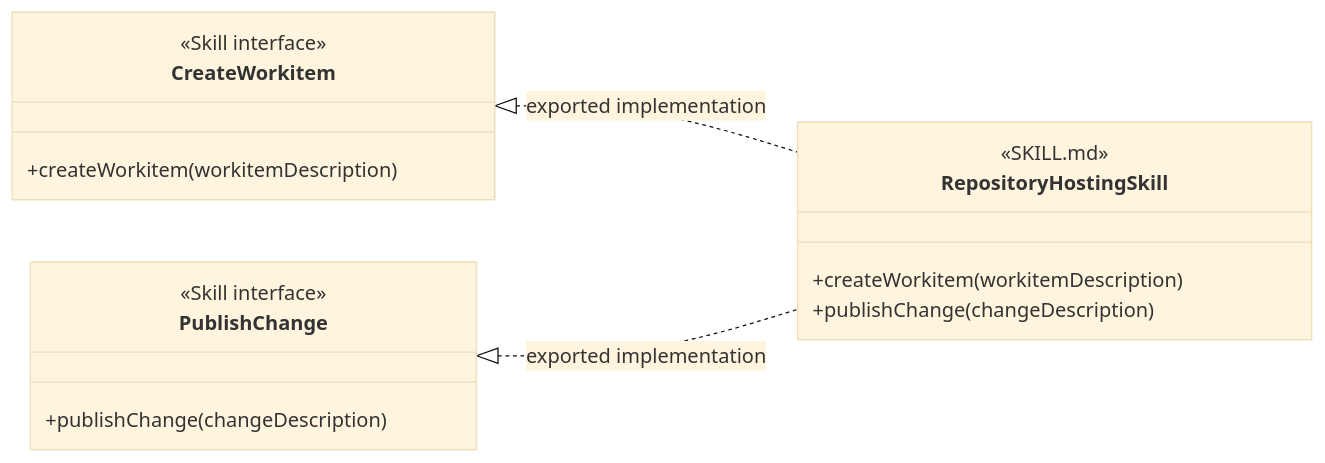
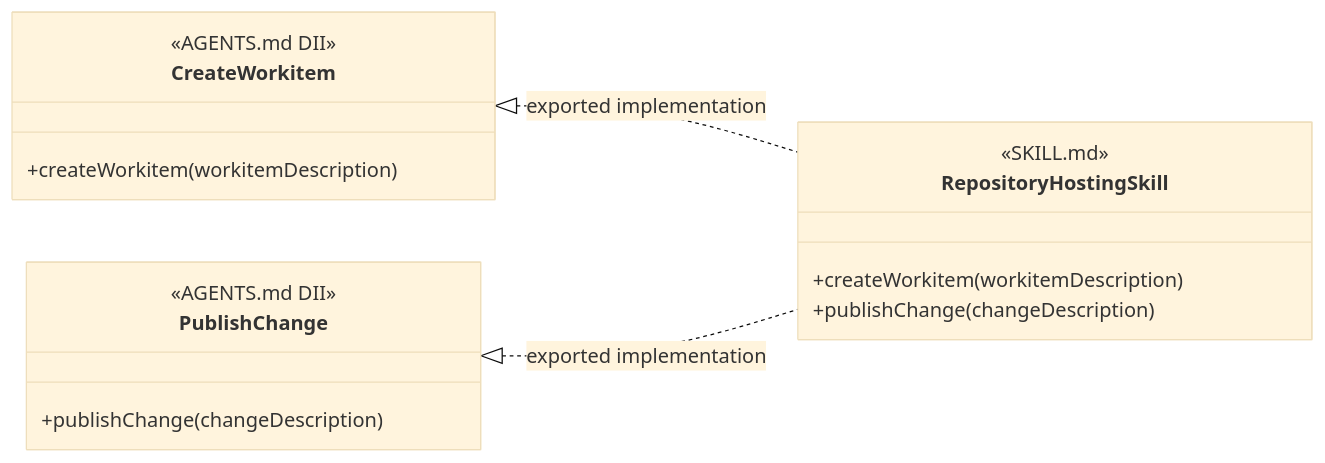
Before and after one commit to martinbechard/dev-methodology: the seventh of 10 diagrams in design/object-oriented-agent-and-skill-model.md, drawn with Mermaid (base theme). The commit also changed other lines of this file and 2 other files, not shown here.

````diff
--- a/design/object-oriented-agent-and-skill-model.md
+++ b/design/object-oriented-agent-and-skill-model.md
@@ -275,23 +276,23 @@
 ```mermaid
 classDiagram
     direction LR
 
     class CreateWorkitem {
-        <<Skill interface>>
+        <<AGENTS.md DII>>
         +createWorkitem(workitemDescription)
     }
 
     class PublishChange {
-        <<Skill interface>>
+        <<AGENTS.md DII>>
         +publishChange(changeDescription)
     }
 
     class RepositoryHostingSkill {
         <<SKILL.md>>
         +createWorkitem(workitemDescription)
         +publishChange(changeDescription)
     }
 
     CreateWorkitem <|.. RepositoryHostingSkill : exported implementation
     PublishChange <|.. RepositoryHostingSkill : exported implementation
 ```
````
